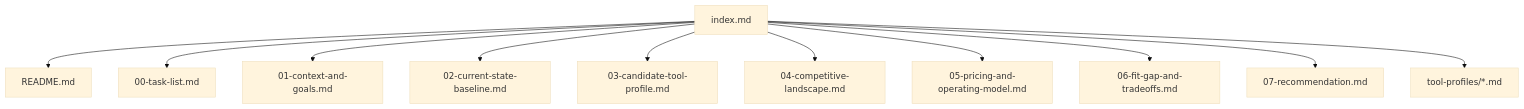
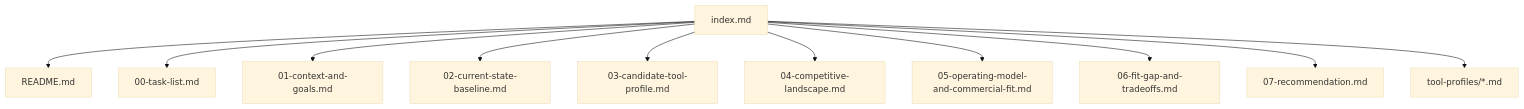
One commit to svenmalvik/tool_researcher changed the diagram in .agents/skills/tool-research-publishing/assets/index-template.md. Above: the diagram before and after it, drawn with Mermaid (base theme). The commit also changed other lines of this file and 28 other files, not shown here.

````diff
--- a/.agents/skills/tool-research-publishing/assets/index-template.md
+++ b/.agents/skills/tool-research-publishing/assets/index-template.md
@@ -37,13 +37,13 @@
 ```mermaid
 flowchart TD
     A[index.md] --> B[README.md]
     A --> B1[00-task-list.md]
     A --> C[01-context-and-goals.md]
     A --> D[02-current-state-baseline.md]
     A --> E[03-candidate-tool-profile.md]
     A --> F[04-competitive-landscape.md]
-    A --> G[05-pricing-and-operating-model.md]
+    A --> G[05-operating-model-and-commercial-fit.md]
     A --> H[06-fit-gap-and-tradeoffs.md]
     A --> I[07-recommendation.md]
     A --> J[tool-profiles/*.md]
 ```
````
